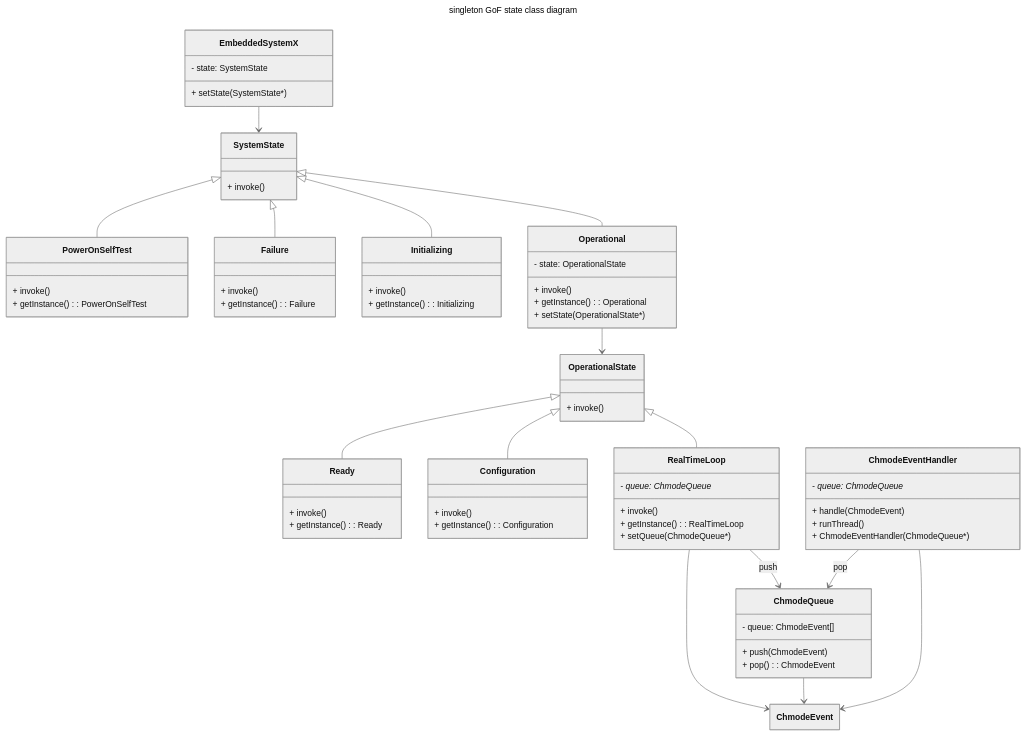
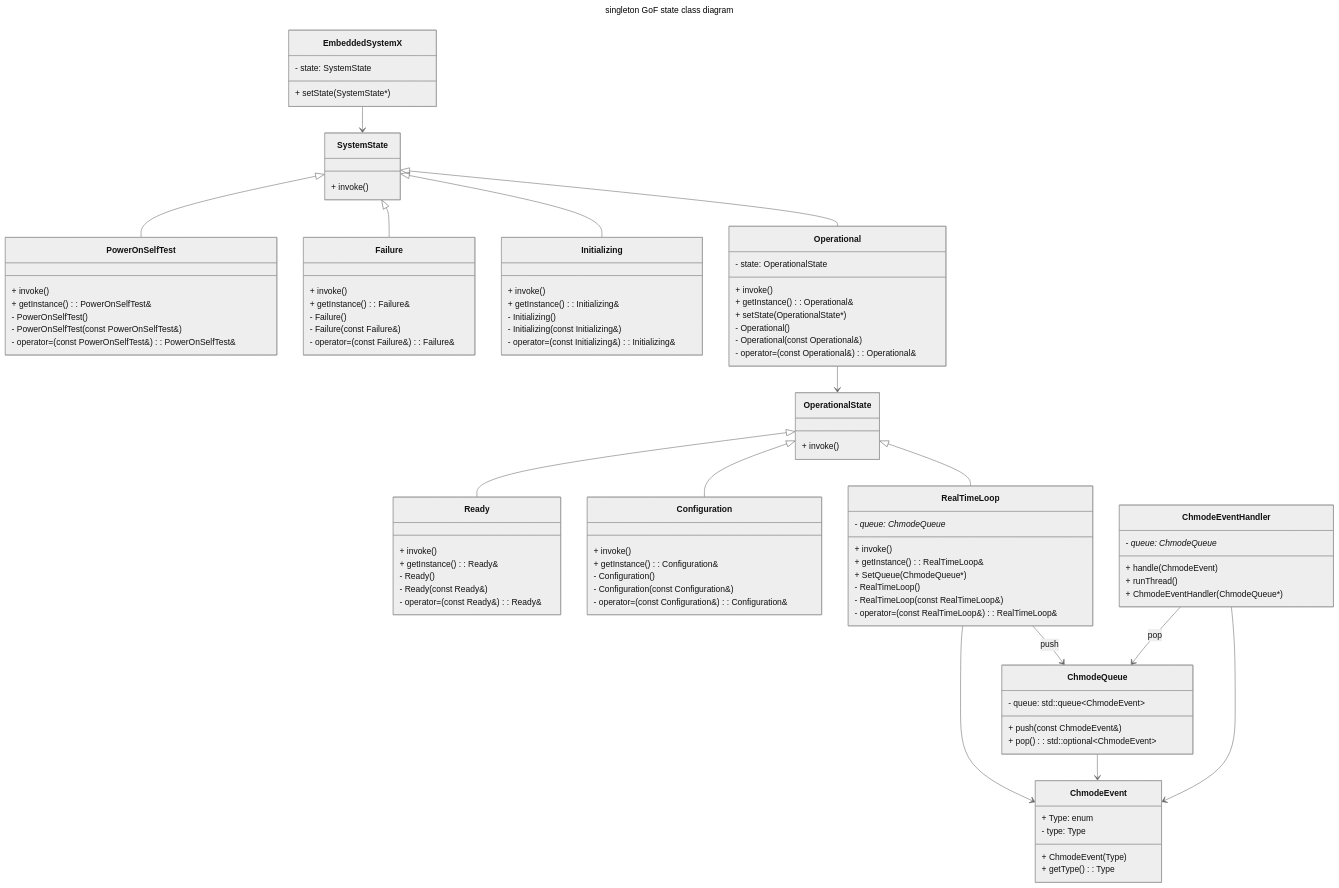
One commit to Junale/erts-a1 changed the first of 4 diagrams in a-3/docs.md. Above: the diagram before and after it, drawn with Mermaid (neutral theme). The commit also changed other lines of this file and 12 other files, not shown here.

```diff
--- a/a-3/docs.md
+++ b/a-3/docs.md
@@ -24,21 +24,33 @@
 
     class PowerOnSelfTest{
         + invoke()
-        + getInstance(): PowerOnSelfTest
+        + getInstance(): PowerOnSelfTest&
+        - PowerOnSelfTest()
+        - PowerOnSelfTest(const PowerOnSelfTest&)
+        - operator=(const PowerOnSelfTest&): PowerOnSelfTest&
     }
     class Failure{
         + invoke()
-        + getInstance(): Failure
+        + getInstance(): Failure&
+        - Failure()
+        - Failure(const Failure&)
+        - operator=(const Failure&): Failure&
     }
     class Initializing{
         + invoke()
-        + getInstance(): Initializing
+        + getInstance(): Initializing&
+        - Initializing()
+        - Initializing(const Initializing&)
+        - operator=(const Initializing&): Initializing&
     }
     class Operational{
         - state: OperationalState
         + invoke()
-        + getInstance(): Operational
+        + getInstance(): Operational&
         + setState(OperationalState*)
+        - Operational()
+        - Operational(const Operational&)
+        - operator=(const Operational&): Operational&
     }
 
     Operational --> OperationalState
@@ -54,18 +66,27 @@
 
     class Ready {
         + invoke()
-        + getInstance(): Ready
+        + getInstance(): Ready&
+        - Ready()
+        - Ready(const Ready&)
+        - operator=(const Ready&): Ready&
     }
 
     class Configuration {
         + invoke()
-        + getInstance(): Configuration
+        + getInstance(): Configuration&
+        - Configuration()
+        - Configuration(const Configuration&)
+        - operator=(const Configuration&): Configuration&
     }
     class RealTimeLoop {
         - queue: ChmodeQueue*
         + invoke()
-        + getInstance(): RealTimeLoop
-        + setQueue(ChmodeQueue*)
+        + getInstance(): RealTimeLoop&
+        + SetQueue(ChmodeQueue*)
+        - RealTimeLoop()
+        - RealTimeLoop(const RealTimeLoop&)
+        - operator=(const RealTimeLoop&): RealTimeLoop&
     }
 
 
@@ -73,15 +94,18 @@
     RealTimeLoop --> ChmodeEvent
 
     class ChmodeEvent {
-
+        + Type: enum
+        + ChmodeEvent(Type)
+        + getType(): Type
+        - type: Type
     }
 
     ChmodeQueue --> ChmodeEvent
 
     class ChmodeQueue {
-        - queue: ChmodeEvent[]
-        + push(ChmodeEvent)
-        + pop(): ChmodeEvent
+        - queue: std::queue~ChmodeEvent~
+        + push(const ChmodeEvent&)
+        + pop(): std::optional~ChmodeEvent~
     }
 
     ChmodeEventHandler --> ChmodeEvent
```
